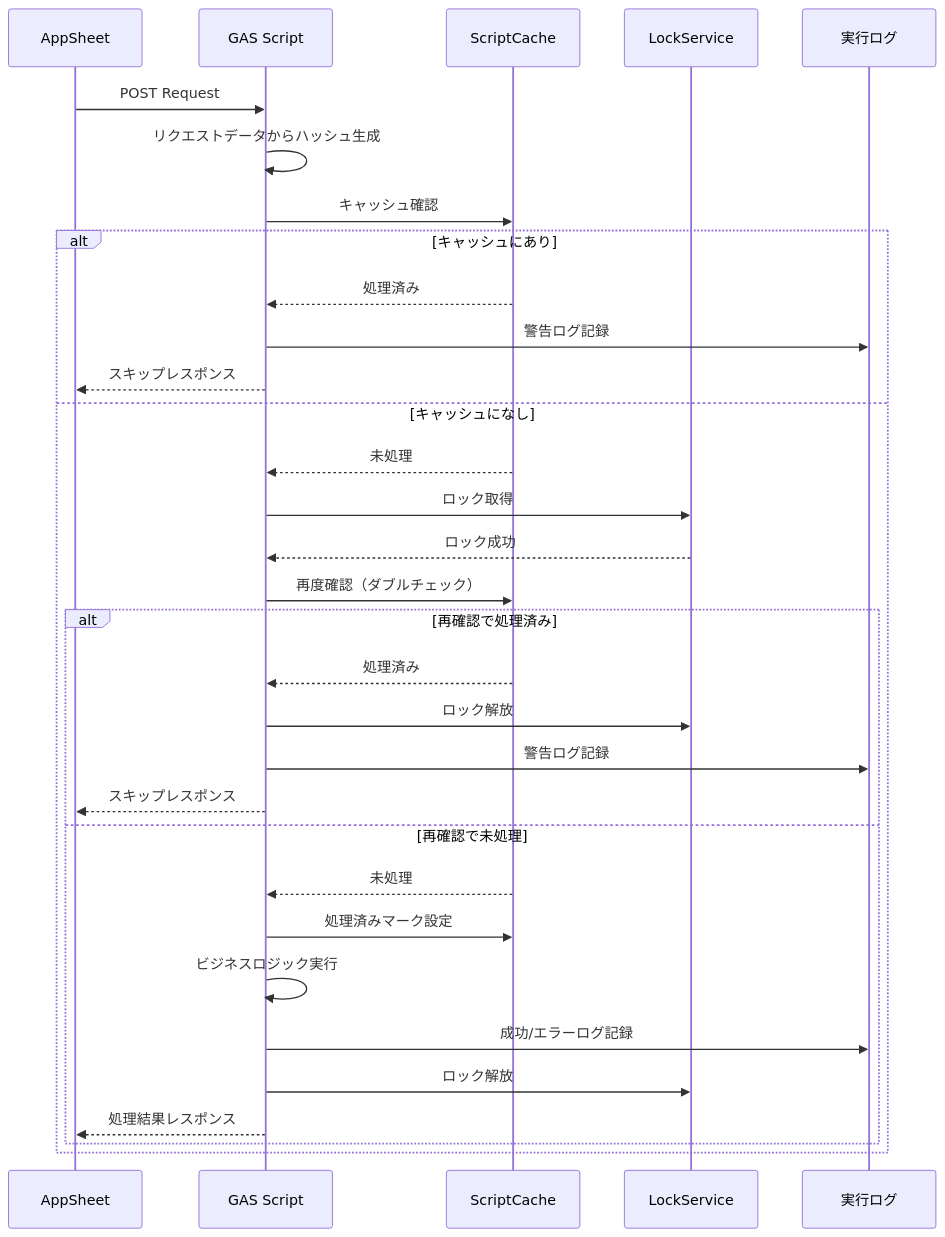
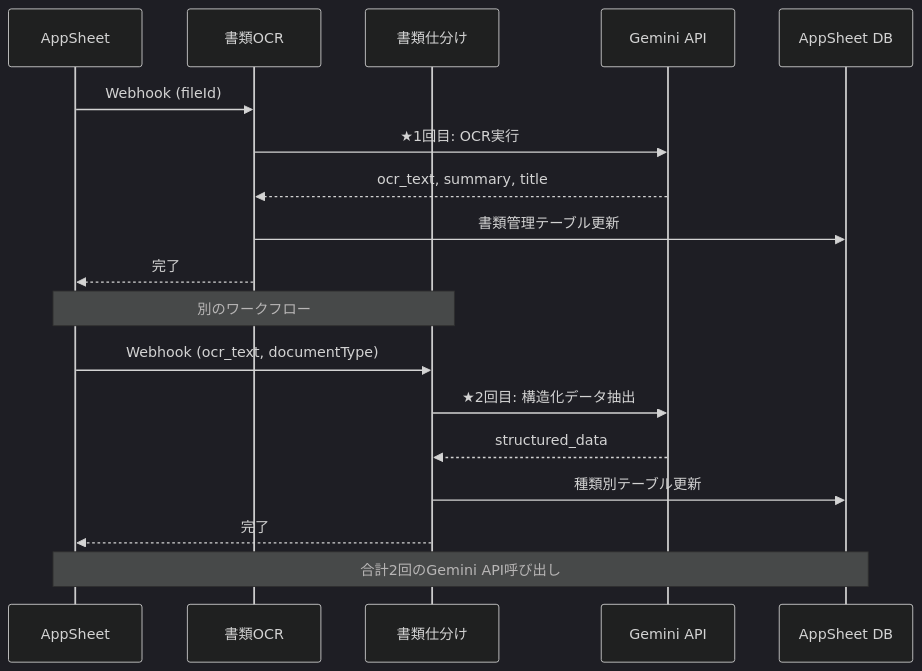
Before and after one commit to tasai-lab/appsheet-gas-automation: the fifth of 7 diagrams in gas_projects/Appsheet_訪問看護_書類OCR/FLOW.md, drawn with Mermaid. The commit also changed other lines of this file and 12 other files, not shown here.

````diff
--- a/gas_projects/Appsheet_訪問看護_書類OCR/FLOW.md
+++ b/gas_projects/Appsheet_訪問看護_書類OCR/FLOW.md
@@ -31,37 +155,25 @@
 ```mermaid
+%%{init: {'theme':'dark'}}%%
 sequenceDiagram
     participant AS as AppSheet
-    participant GAS as GAS Script
-    participant Cache as ScriptCache
-    participant Lock as LockService
-    participant Log as 実行ログ
-    
-    AS->>GAS: POST Request
-    GAS->>GAS: リクエストデータからハッシュ生成
-    GAS->>Cache: キャッシュ確認
-    
-    alt キャッシュにあり
-        Cache-->>GAS: 処理済み
-        GAS->>Log: 警告ログ記録
-        GAS-->>AS: スキップレスポンス
-    else キャッシュになし
-        Cache-->>GAS: 未処理
-        GAS->>Lock: ロック取得
-        Lock-->>GAS: ロック成功
-        GAS->>Cache: 再度確認（ダブルチェック）
-        
-        alt 再確認で処理済み
-            Cache-->>GAS: 処理済み
-            GAS->>Lock: ロック解放
-            GAS->>Log: 警告ログ記録
-            GAS-->>AS: スキップレスポンス
-        else 再確認で未処理
-            Cache-->>GAS: 未処理
-            GAS->>Cache: 処理済みマーク設定
-            GAS->>GAS: ビジネスロジック実行
-            GAS->>Log: 成功/エラーログ記録
-            GAS->>Lock: ロック解放
-            GAS-->>AS: 処理結果レスポンス
-        end
-    end
+    participant OCR as 書類OCR
+    participant CLASS as 書類仕分け
+    participant G as Gemini API
+    participant DB as AppSheet DB
+
+    AS->>OCR: Webhook (fileId)
+    OCR->>G: ★1回目: OCR実行
+    G-->>OCR: ocr_text, summary, title
+    OCR->>DB: 書類管理テーブル更新
+    OCR-->>AS: 完了
+
+    Note over AS,CLASS: 別のワークフロー
+
+    AS->>CLASS: Webhook (ocr_text, documentType)
+    CLASS->>G: ★2回目: 構造化データ抽出
+    G-->>CLASS: structured_data
+    CLASS->>DB: 種類別テーブル更新
+    CLASS-->>AS: 完了
+
+    Note over AS,DB: 合計2回のGemini API呼び出し
 ```
````
